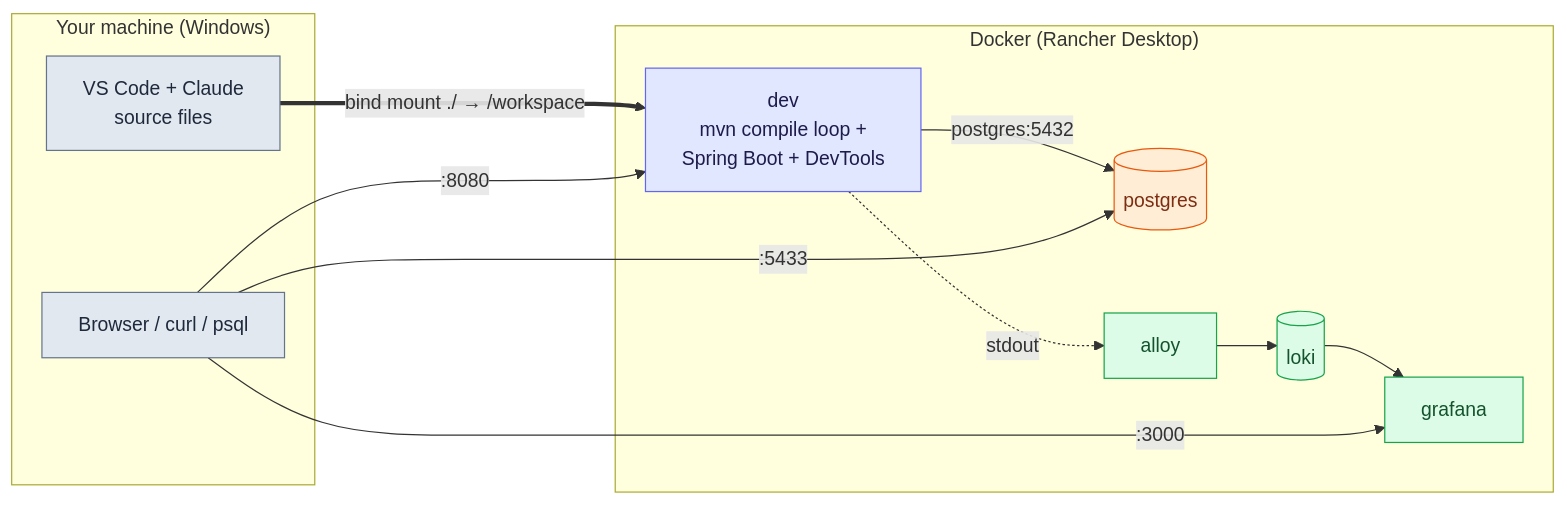
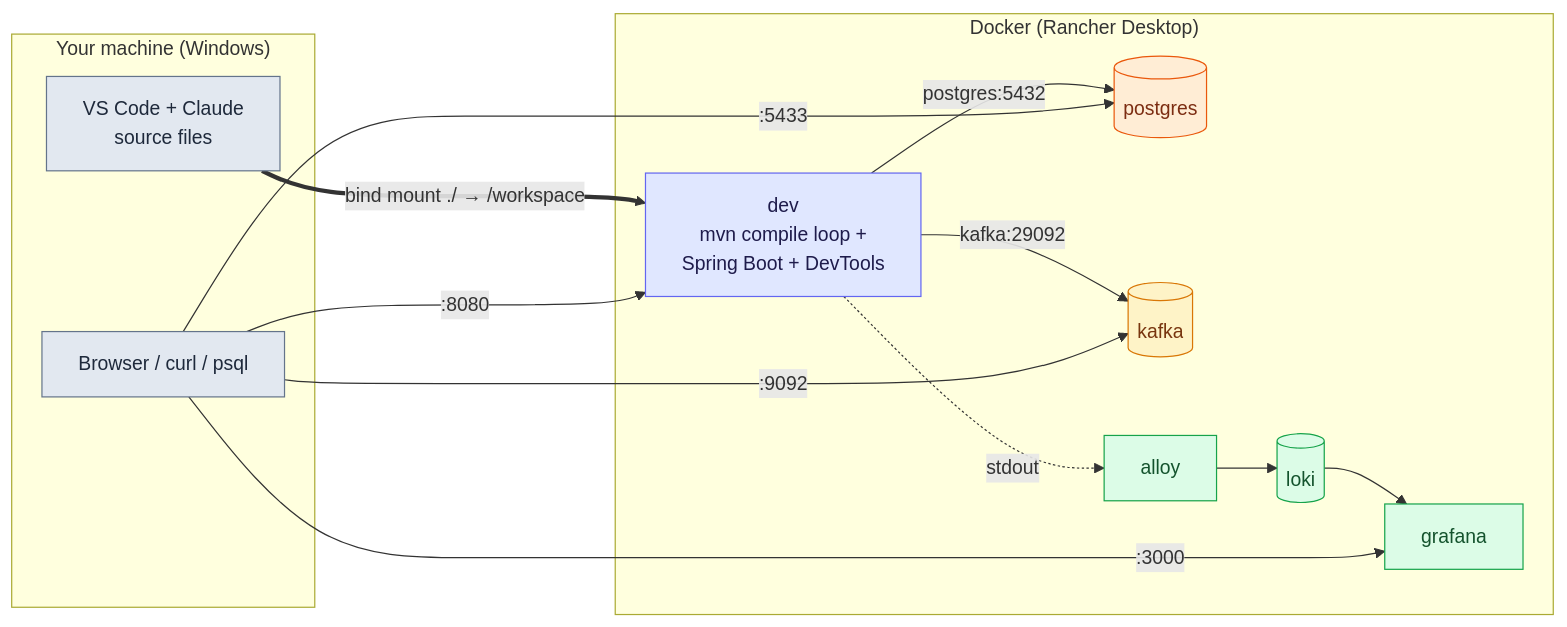
Before and after one commit to Sriram-Karthick-k/progress-tracker: the first of 2 diagrams in content/notes/spring-boot-system-design/00-workspace/dev-environment.md, drawn with Mermaid. The commit also changed other lines of this file and 14 other files, not shown here.

````diff
--- a/content/notes/spring-boot-system-design/00-workspace/dev-environment.md
+++ b/content/notes/spring-boot-system-design/00-workspace/dev-environment.md
@@ -21,22 +21,26 @@
 ```mermaid
 flowchart LR
   subgraph Host["Your machine (Windows)"]
     VS["VS Code + Claude<br/>source files"]:::host
     BR["Browser / curl / psql"]:::host
   end
   subgraph Docker["Docker (Rancher Desktop)"]
     DEV["dev<br/>mvn compile loop +<br/>Spring Boot + DevTools"]:::app
     PG[("postgres")]:::db
+    KF[("kafka")]:::mq
     AL["alloy"]:::obs --> LK[("loki")]:::obs --> GR["grafana"]:::obs
   end
   VS ==>|bind mount ./ → /workspace| DEV
   DEV -->|postgres:5432| PG
+  DEV -->|kafka:29092| KF
   DEV -.->|stdout| AL
   BR -->|:8080| DEV
   BR -->|:5433| PG
+  BR -->|:9092| KF
   BR -->|:3000| GR
   classDef host fill:#e2e8f0,stroke:#64748b,color:#1e293b
   classDef app fill:#e0e7ff,stroke:#6366f1,color:#1e1b4b
   classDef db fill:#ffedd5,stroke:#ea580c,color:#7c2d12
   classDef obs fill:#dcfce7,stroke:#16a34a,color:#14532d
+  classDef mq fill:#fef3c7,stroke:#d97706,color:#78350f
 ```
````
